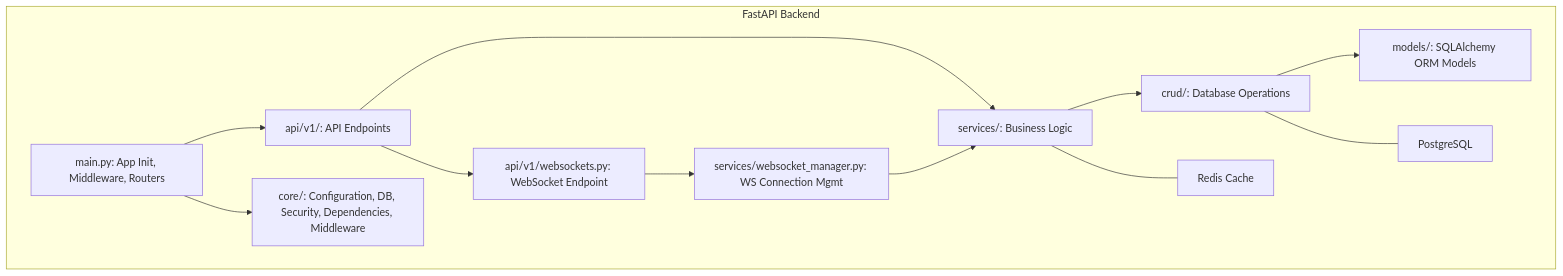
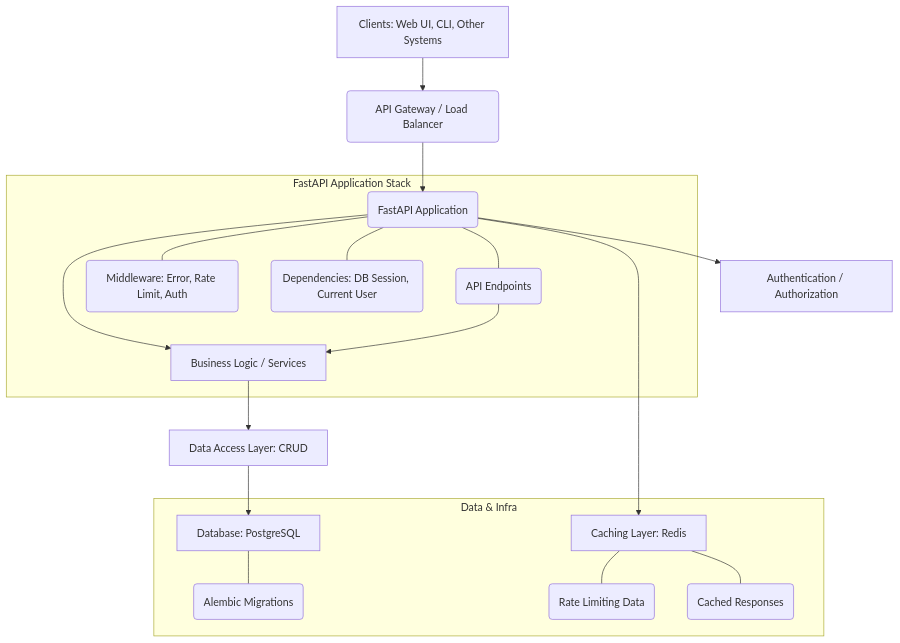
One commit to NyamaoGregoryKaiser/ALX-precourse changed the diagram in project-{topic}-plus/docs/architecture.md. Above: the diagram before and after it, drawn with Mermaid. The commit also changed other lines of this file and 52 other files, not shown here.

````diff
--- a/project-{topic}-plus/docs/architecture.md
+++ b/project-{topic}-plus/docs/architecture.md
@@ -34,19 +9,23 @@
 ```mermaid
 graph TD
-    subgraph FastAPI Backend
-        M[main.py: App Init, Middleware, Routers] --> A[api/v1/: API Endpoints]
-        A --> B[services/: Business Logic]
-        B --> C[crud/: Database Operations]
-        C --> D[models/: SQLAlchemy ORM Models]
-        M --> E[core/: Configuration, DB, Security, Dependencies, Middleware]
-        A --> F[api/v1/websockets.py: WebSocket Endpoint]
-        F --> G[services/websocket_manager.py: WS Connection Mgmt]
-        G --> B
+    A[Clients: Web UI, CLI, Other Systems] --> B(API Gateway / Load Balancer)
+    B --> C(FastAPI Application)
+    C --> D[Authentication / Authorization]
+    C --> E[Caching Layer: Redis]
+    C --> F[Business Logic / Services]
+    F --> G[Data Access Layer: CRUD]
+    G --> H[Database: PostgreSQL]
 
-        B --- F_Redis[FastAPILimiter/Redis]
-        C --- F_Postgres[PostgreSQL]
+    subgraph FastAPI Application Stack
+        C --- C1(API Endpoints)
+        C --- C2(Middleware: Error, Rate Limit, Auth)
+        C --- C3(Dependencies: DB Session, Current User)
+        C1 --> F
     end
 
-    F_Postgres[PostgreSQL]
-    F_Redis[Redis Cache]
+    subgraph Data & Infra
+        H --- H1(Alembic Migrations)
+        E --- E1(Rate Limiting Data)
+        E --- E2(Cached Responses)
+    end
 ```
````
